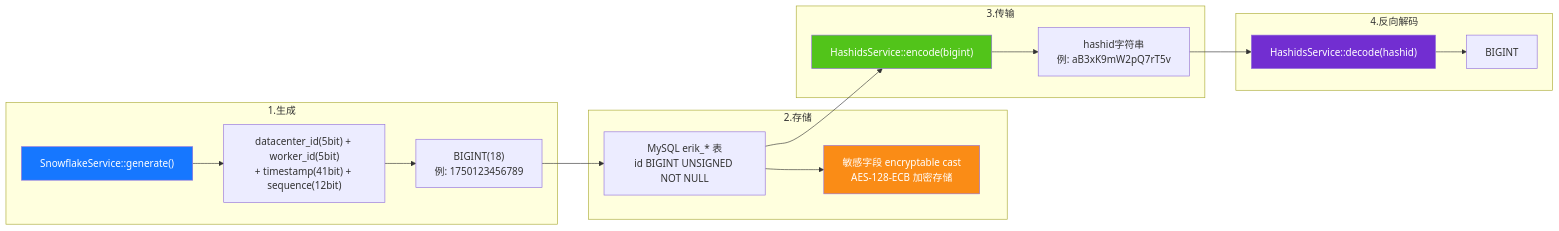
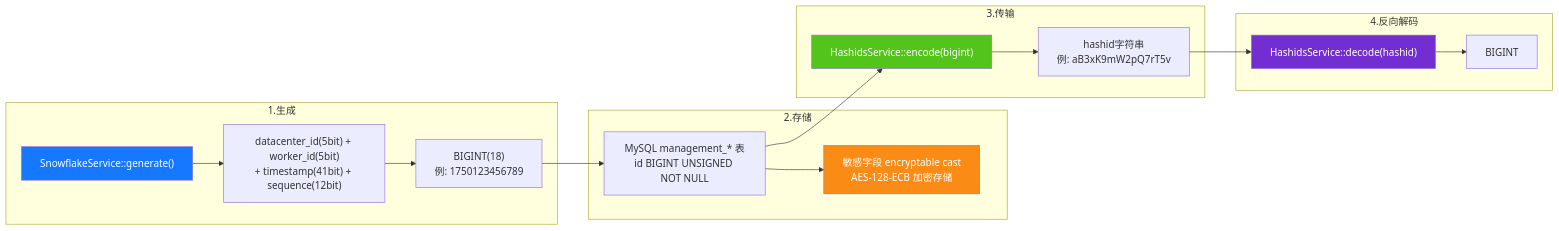
Before and after one commit to erikwang2013/property-management-platform: the diagram in admin/docs/diagrams/06-id-lifecycle.md, drawn with Mermaid. The commit also changed 347 other files, not shown here.

````diff
--- a/admin/docs/diagrams/06-id-lifecycle.md
+++ b/admin/docs/diagrams/06-id-lifecycle.md
@@ -3,32 +3,32 @@
 ```mermaid
 flowchart LR
     subgraph gen["1.生成"]
         g1["SnowflakeService::generate()"]
         g2["datacenter_id(5bit) + worker_id(5bit)<br/>+ timestamp(41bit) + sequence(12bit)"]
         g3["BIGINT(18)<br/>例: 1750123456789"]
         g1 --> g2 --> g3
     end
 
     subgraph store["2.存储"]
-        s1["MySQL erik_* 表<br/>id BIGINT UNSIGNED NOT NULL"]
+        s1["MySQL management_* 表<br/>id BIGINT UNSIGNED NOT NULL"]
         s2["敏感字段 encryptable cast<br/>AES-128-ECB 加密存储"]
         g3 --> s1 --> s2
     end
 
     subgraph transfer["3.传输"]
         t1["HashidsService::encode(bigint)"]
         t2["hashid字符串<br/>例: aB3xK9mW2pQ7rT5v"]
         s1 --> t1 --> t2
     end
 
     subgraph reverse["4.反向解码"]
         r1["HashidsService::decode(hashid)"]
         r2["BIGINT"]
         t2 --> r1 --> r2
     end
 
     style g1 fill:#1677FF,color:#fff
     style s2 fill:#FA8C16,color:#fff
     style t1 fill:#52C41A,color:#fff
     style r1 fill:#722ED1,color:#fff
 ```
````
